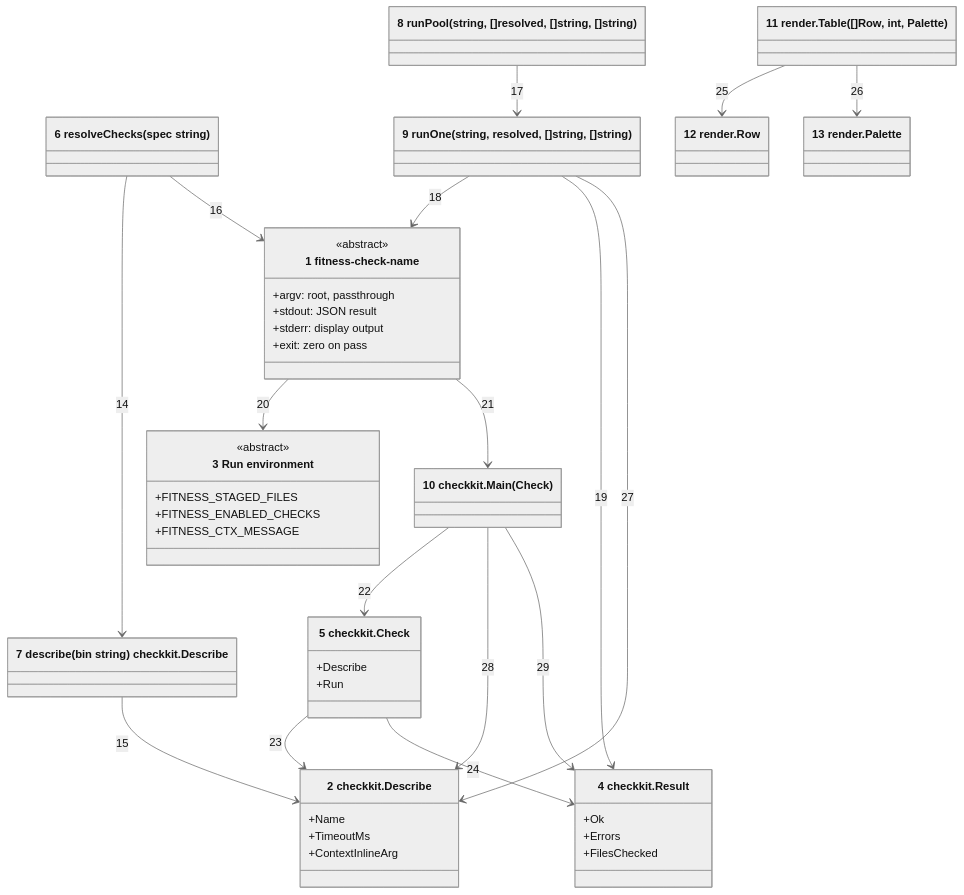
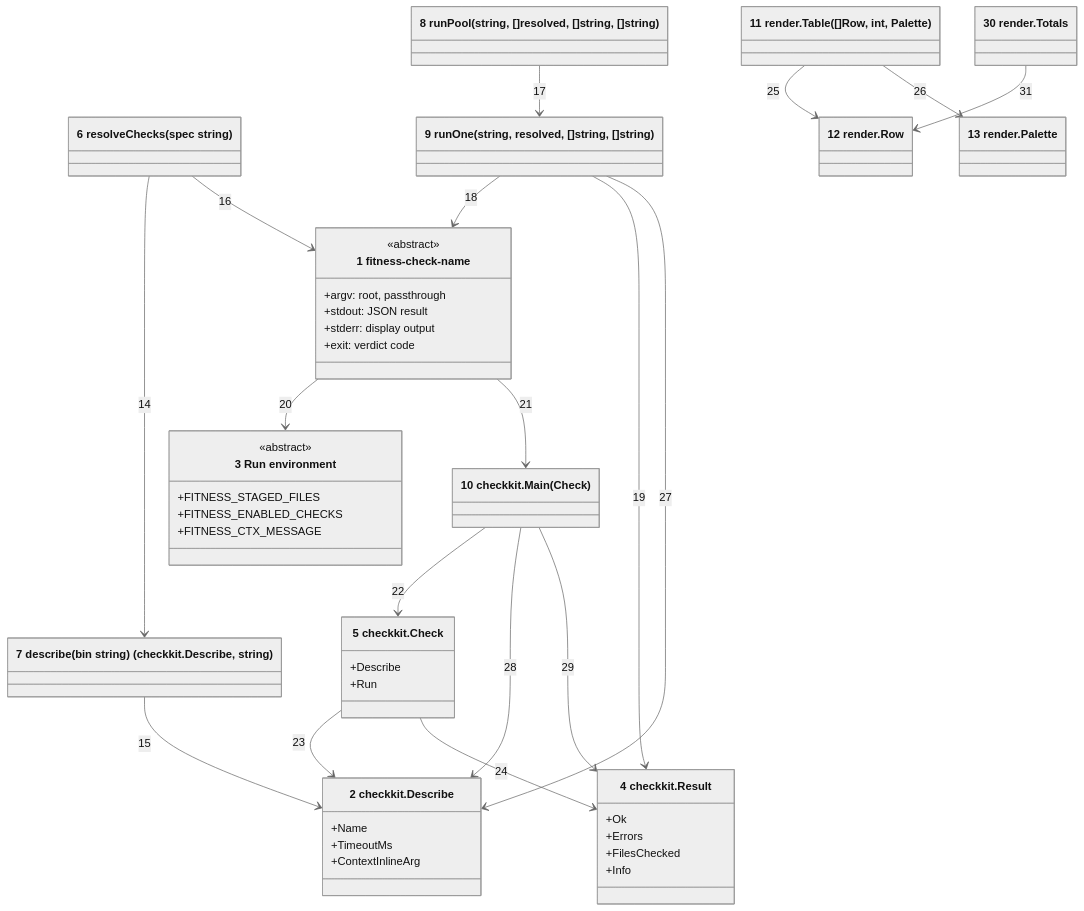
Before and after one commit to may-journal/fitness-runner: the first of 2 diagrams in docs/architecture/04-code.md, drawn with Mermaid (neutral theme). The commit also changed other lines of this file and 6 other files, not shown here.

````diff
--- a/docs/architecture/04-code.md
+++ b/docs/architecture/04-code.md
@@ -8,55 +8,58 @@
 ```mermaid
 classDiagram
     class CheckBinary["1 fitness-check-name"] {
         <<abstract>>
         +argv: root, passthrough
         +stdout: JSON result
         +stderr: display output
-        +exit: zero on pass
+        +exit: verdict code
     }
     class Describe["2 checkkit.Describe"] {
         +Name
         +TimeoutMs
         +ContextInlineArg
     }
     class RunEnv["3 Run environment"] {
         <<abstract>>
         +FITNESS_STAGED_FILES
         +FITNESS_ENABLED_CHECKS
         +FITNESS_CTX_MESSAGE
     }
     class Result["4 checkkit.Result"] {
         +Ok
         +Errors
         +FilesChecked
+        +Info
     }
     class Check["5 checkkit.Check"] {
         +Describe
         +Run
     }
     class resolveChecks["6 resolveChecks(spec string)"]
-    class describe["7 describe(bin string) checkkit.Describe"]
+    class describe["7 describe(bin string) (checkkit.Describe, string)"]
     class runPool["8 runPool(string, []resolved, []string, []string)"]
     class runOne["9 runOne(string, resolved, []string, []string)"]
     class checkkitMain["10 checkkit.Main(Check)"]
     class renderTable["11 render.Table([]Row, int, Palette)"]
     class Row["12 render.Row"]
     class Palette["13 render.Palette"]
+    class Totals["30 render.Totals"]
 
     resolveChecks --> describe : 14
     describe --> Describe : 15
     resolveChecks --> CheckBinary : 16
     runPool --> runOne : 17
     runOne --> CheckBinary : 18
     runOne --> Result : 19
     CheckBinary --> RunEnv : 20
     CheckBinary --> checkkitMain : 21
     checkkitMain --> Check : 22
     Check --> Describe : 23
     Check --> Result : 24
     renderTable --> Row : 25
     renderTable --> Palette : 26
     runOne --> Describe : 27
     checkkitMain --> Describe : 28
     checkkitMain --> Result : 29
+    Totals --> Row : 31
 ```
````
